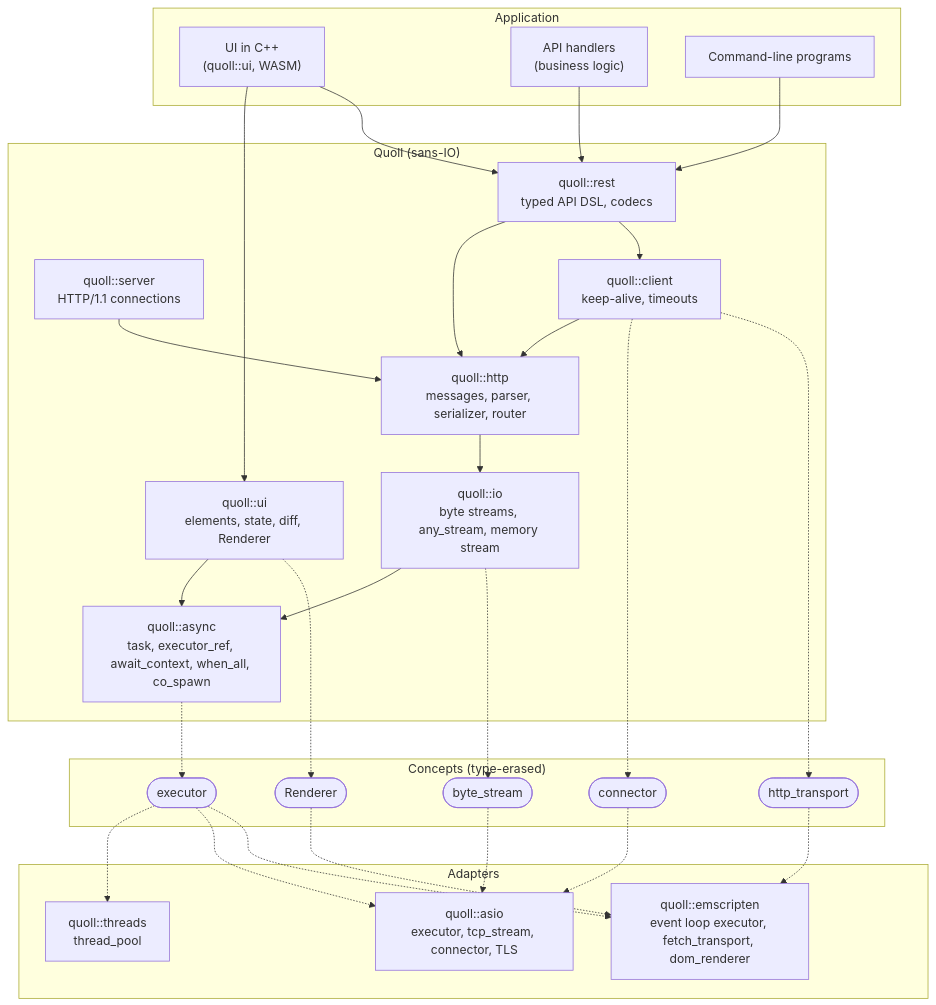
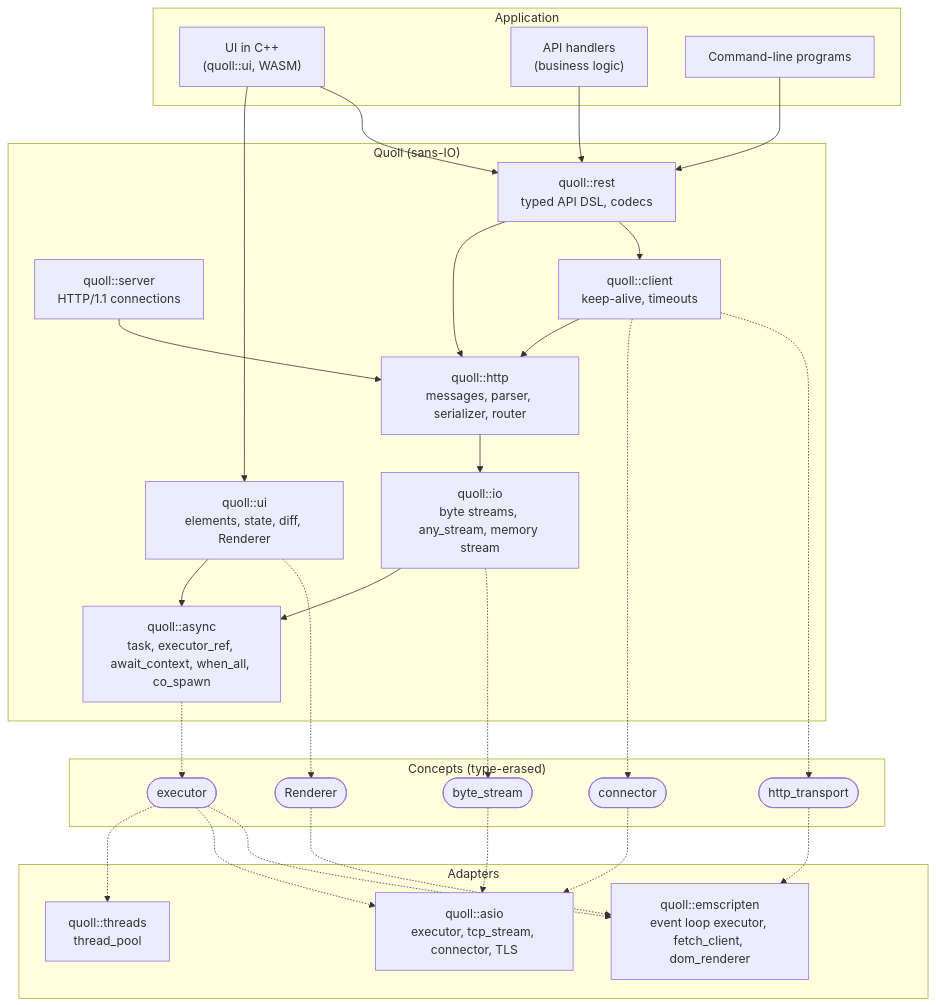
The diagram in docs/PLAN.md (4thlabs/quoll), drawn with Mermaid before and after one commit. The commit also changed other lines of this file and 70 other files, not shown here.

First line of the commit message:
http: http::client and http::server, in place of client::transport and the free functions

````diff
--- a/docs/PLAN.md
+++ b/docs/PLAN.md
@@ -272,56 +281,56 @@
 ```mermaid
 flowchart TB
   subgraph app["Application"]
     page["UI in C++<br/>(quoll::ui, WASM)"]
     handlers["API handlers<br/>(business logic)"]
     cli["Command-line programs"]
   end
 
   subgraph quoll["Quoll (sans-IO)"]
     ui["quoll::ui<br/>elements, state, diff, Renderer"]
     rest["quoll::rest<br/>typed API DSL, codecs"]
     server["quoll::server<br/>HTTP/1.1 connections"]
     client["quoll::client<br/>keep-alive, timeouts"]
     http["quoll::http<br/>messages, parser, serializer, router"]
     io["quoll::io<br/>byte streams, any_stream, memory stream"]
     async["quoll::async<br/>task, executor_ref, await_context, when_all, co_spawn"]
   end
 
   subgraph concepts["Concepts (type-erased)"]
     executor(["executor"])
     stream(["byte_stream"])
     connector(["connector"])
     transport(["http_transport"])
     renderer(["Renderer"])
   end
 
   subgraph adapters["Adapters"]
     pool["quoll::threads<br/>thread_pool"]
     asio["quoll::asio<br/>executor, tcp_stream, connector, TLS"]
-    emscripten["quoll::emscripten<br/>event loop executor, fetch_transport, dom_renderer"]
+    emscripten["quoll::emscripten<br/>event loop executor, fetch_client, dom_renderer"]
   end
 
   page --> ui
   page --> rest
   handlers --> rest
   cli --> rest
   rest --> http
   rest --> client
   server --> http
   client --> http
   ui --> async
   http --> io
   io --> async
 
   io -.-> stream
   client -.-> connector
   client -.-> transport
   ui -.-> renderer
   async -.-> executor
 
   executor -.-> pool & asio & emscripten
   stream -.-> asio
   connector -.-> asio
   transport -.-> emscripten
   renderer -.-> emscripten
 ```
````
